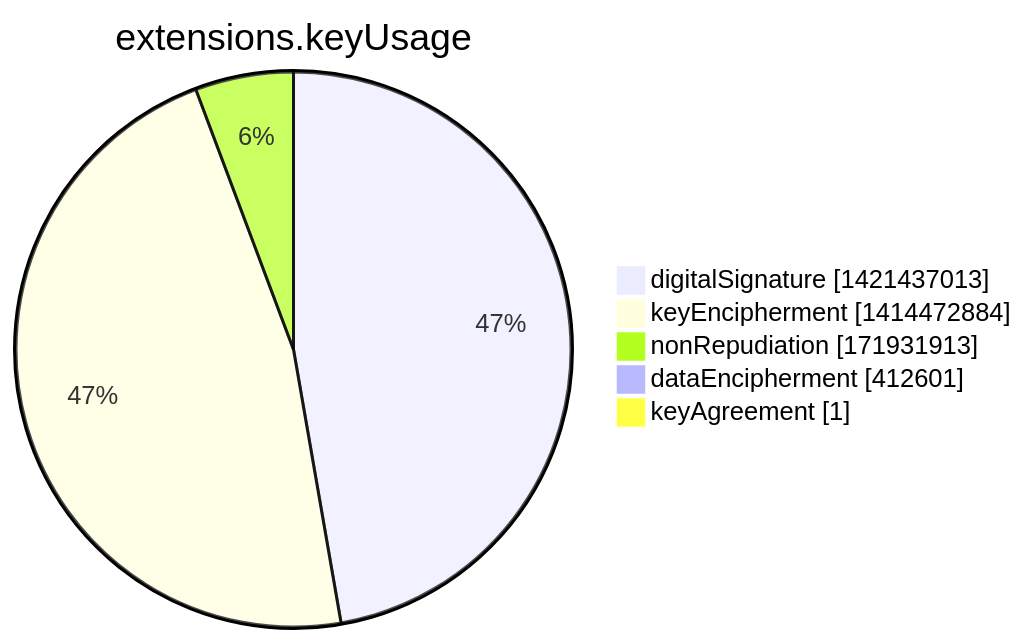
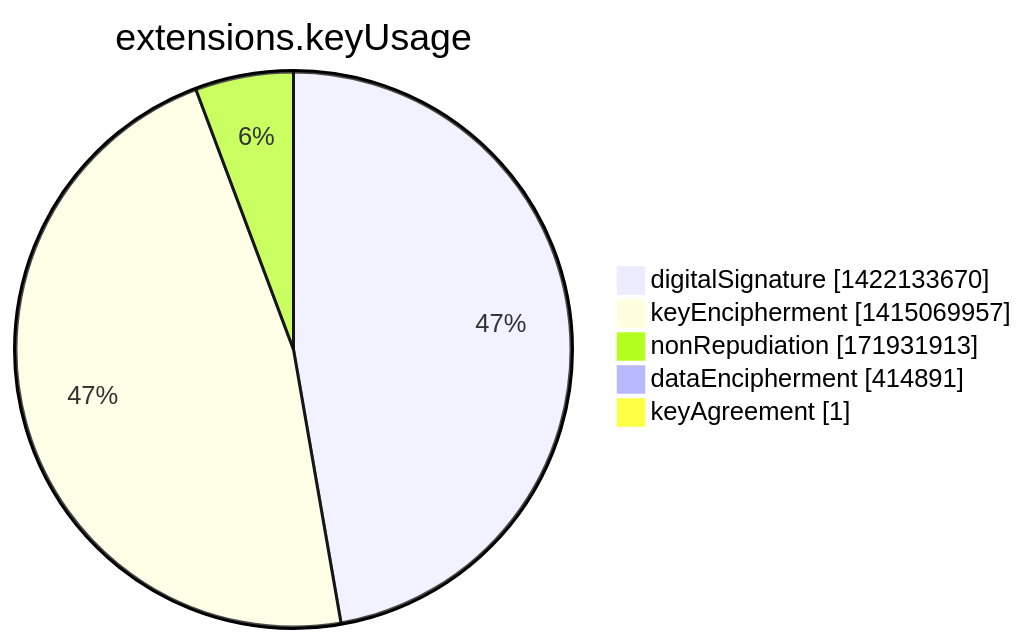
The seventh of 15 diagrams in argon2022/README.md (christiankrug/ctmonitor_visualization), drawn with Mermaid before and after one commit. The commit also changed other lines of this file, not shown here.

````diff
--- a/argon2022/README.md
+++ b/argon2022/README.md
@@ -2751,9 +2751,9 @@
 ```mermaid
 pie showData
 title extensions.keyUsage
-"digitalSignature" :1421437013
-"keyEncipherment" :1414472884
+"digitalSignature" :1422133670
+"keyEncipherment" :1415069957
 "nonRepudiation" :171931913
-"dataEncipherment" :412601
+"dataEncipherment" :414891
 "keyAgreement" :1
 ```
````
